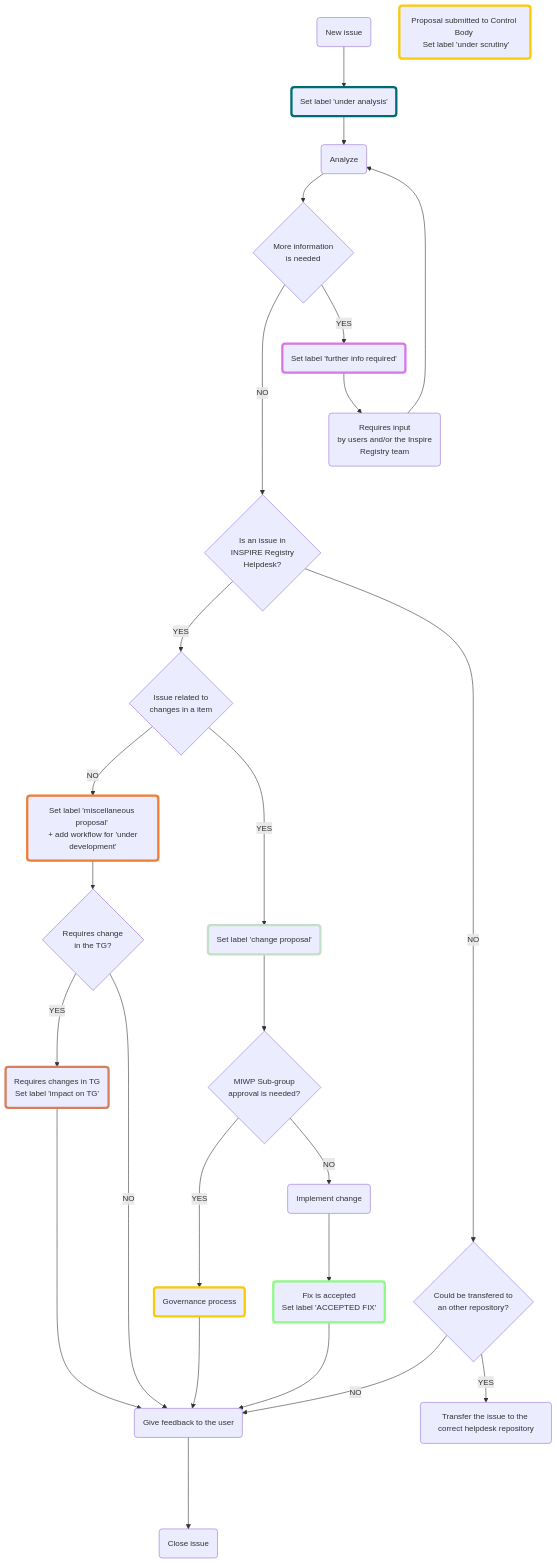
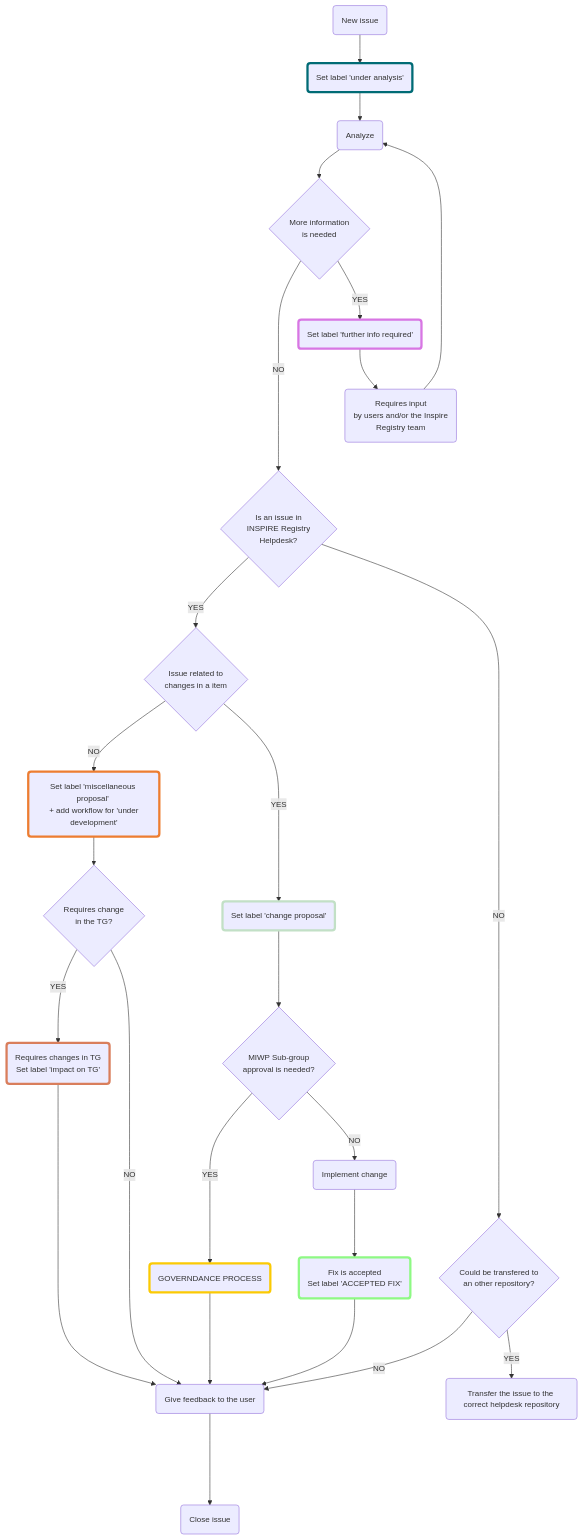
The diagram in helpdesk-management/README.md (INSPIRE-MIF/helpdesk-registry), drawn with Mermaid before and after one commit.

```diff
--- a/helpdesk-management/README.md
+++ b/helpdesk-management/README.md
@@ -107,11 +107,11 @@
     rhombusControlBody{"MIWP Sub-group \n approval is needed?"}
 
     %% SET LABEL UNDER SCRUTINY (SUBMITTED-VALID) [NODE]
-    labelUnderScrut("Proposal submitted to Control Body \n Set label 'under scrutiny'")
-    style labelUnderScrut stroke-width:4px, stroke: #fbca04
+    %% labelUnderScrut("Proposal submitted to Control Body \n Set label 'under scrutiny'")
+    %% style labelUnderScrut stroke-width:4px, stroke: #fbca04
 
     %% SET LABEL UNDER SCRUTINY (SUBMITTED-VALID) [NODE]
-    labelGovernanceProcess("Governance process")
+    labelGovernanceProcess("GOVERNDANCE PROCESS")
     style labelGovernanceProcess stroke-width:4px, stroke: #fbca04
 
     %% IMPLEMENT THE CHANGES / ACCEPT... [NODE]
```
